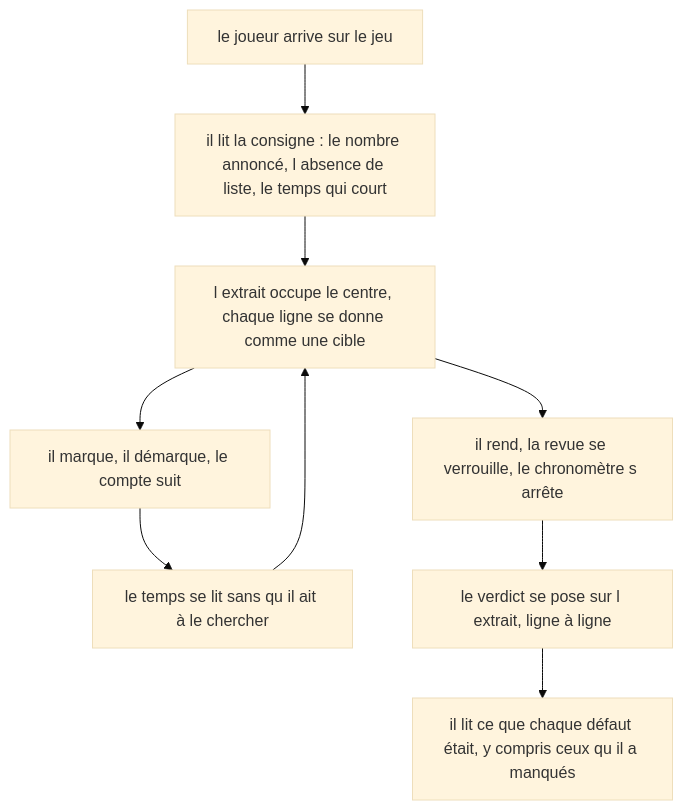
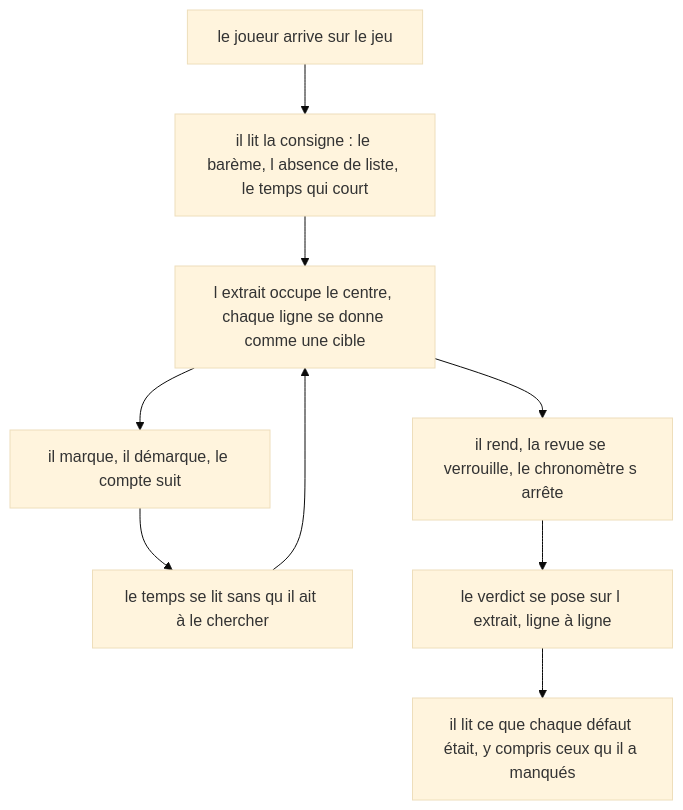
One commit to jdelauney/laivel-up-eval changed the first of 2 diagrams in aidd_docs/tasks/2026_08/2026_08_30_jeu-defect-hunt/phase-5.md. Above: the diagram before and after it, drawn with Mermaid (base theme). The commit also changed other lines of this file and 4 other files, not shown here.

````diff
--- a/aidd_docs/tasks/2026_08/2026_08_30_jeu-defect-hunt/phase-5.md
+++ b/aidd_docs/tasks/2026_08/2026_08_30_jeu-defect-hunt/phase-5.md
@@ -59,11 +59,11 @@
 ```mermaid
 flowchart TD
-  A[le joueur arrive sur le jeu] --> B[il lit la consigne : le nombre annoncé, l absence de liste, le temps qui court]
+  A[le joueur arrive sur le jeu] --> B[il lit la consigne : le barème, l absence de liste, le temps qui court]
   B --> C[l extrait occupe le centre, chaque ligne se donne comme une cible]
   C --> D[il marque, il démarque, le compte suit]
   D --> E[le temps se lit sans qu il ait à le chercher]
   E --> C
   C --> F[il rend, la revue se verrouille, le chronomètre s arrête]
   F --> G[le verdict se pose sur l extrait, ligne à ligne]
   G --> H[il lit ce que chaque défaut était, y compris ceux qu il a manqués]
 ```
````
